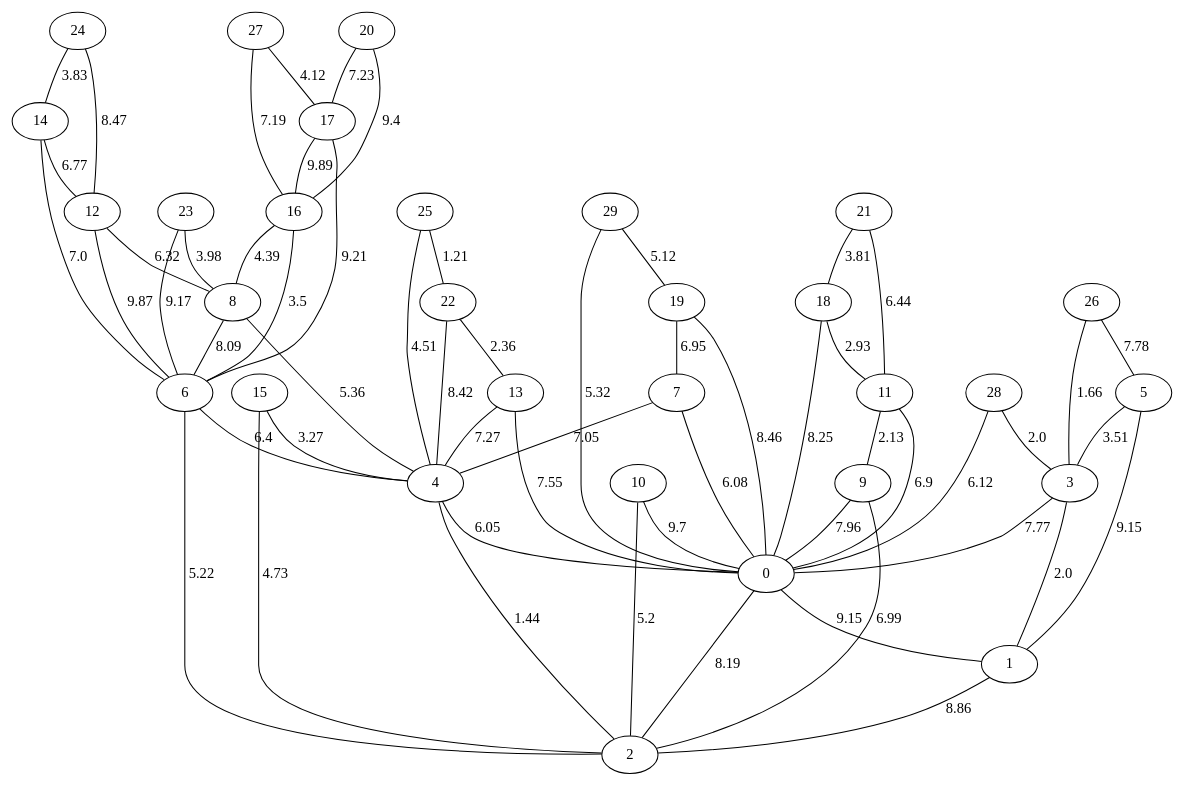
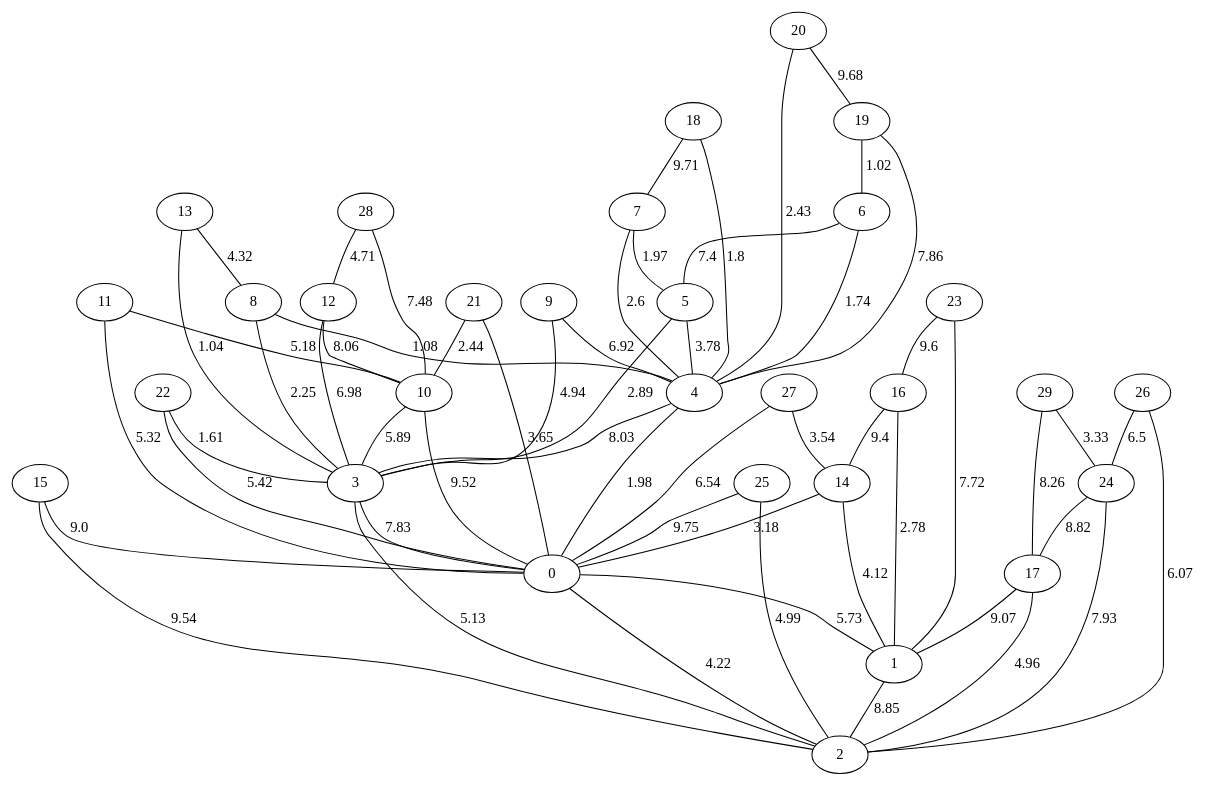
The diagram in Proyecto 3/ejemplos_grafo_dijkstra/grafo_Dorogovtsev-Mendes_30.gv (amorac4/DAA24), drawn with Graphviz before and after one commit. The commit also changed 61 other files, not shown here.

```diff
--- a/Proyecto 3/ejemplos_grafo_dijkstra/grafo_Dorogovtsev-Mendes_30.gv
+++ b/Proyecto 3/ejemplos_grafo_dijkstra/grafo_Dorogovtsev-Mendes_30.gv
@@ -1,89 +1,89 @@
 graph G {
 "0";
 "1";
 "2";
 "3";
 "4";
 "5";
 "6";
 "7";
 "8";
 "9";
 "10";
 "11";
 "12";
 "13";
 "14";
 "15";
 "16";
 "17";
 "18";
 "19";
 "20";
 "21";
 "22";
 "23";
 "24";
 "25";
 "26";
 "27";
 "28";
 "29";
-    "22" -- "13"[label="2.36", len="2.36"];
-    "7" -- "4"[label="7.05", len="7.05"];
-    "3" -- "1"[label="2.0", len="2.0"];
-    "23" -- "8"[label="3.98", len="3.98"];
-    "8" -- "4"[label="5.36", len="5.36"];
-    "0" -- "2"[label="8.19", len="8.19"];
-    "7" -- "0"[label="6.08", len="6.08"];
-    "20" -- "17"[label="7.23", len="7.23"];
-    "26" -- "5"[label="7.78", len="7.78"];
-    "10" -- "0"[label="9.7", len="9.7"];
-    "22" -- "4"[label="8.42", len="8.42"];
-    "28" -- "3"[label="2.0", len="2.0"];
-    "3" -- "0"[label="7.77", len="7.77"];
-    "17" -- "6"[label="9.21", len="9.21"];
-    "14" -- "6"[label="7.0", len="7.0"];
-    "1" -- "2"[label="8.86", len="8.86"];
-    "17" -- "16"[label="9.89", len="9.89"];
-    "28" -- "0"[label="6.12", len="6.12"];
-    "9" -- "2"[label="6.99", len="6.99"];
-    "29" -- "19"[label="5.12", len="5.12"];
-    "24" -- "12"[label="8.47", len="8.47"];
-    "13" -- "4"[label="7.27", len="7.27"];
-    "5" -- "1"[label="9.15", len="9.15"];
-    "11" -- "0"[label="6.9", len="6.9"];
-    "11" -- "9"[label="2.13", len="2.13"];
-    "19" -- "7"[label="6.95", len="6.95"];
-    "4" -- "0"[label="6.05", len="6.05"];
-    "15" -- "2"[label="4.73", len="4.73"];
-    "18" -- "11"[label="2.93", len="2.93"];
-    "16" -- "8"[label="4.39", len="4.39"];
-    "29" -- "0"[label="5.32", len="5.32"];
-    "6" -- "2"[label="5.22", len="5.22"];
-    "14" -- "12"[label="6.77", len="6.77"];
-    "16" -- "6"[label="3.5", len="3.5"];
-    "18" -- "0"[label="8.25", len="8.25"];
-    "24" -- "14"[label="3.83", len="3.83"];
-    "10" -- "2"[label="5.2", len="5.2"];
-    "23" -- "6"[label="9.17", len="9.17"];
-    "25" -- "4"[label="4.51", len="4.51"];
-    "21" -- "11"[label="6.44", len="6.44"];
-    "12" -- "6"[label="9.87", len="9.87"];
-    "21" -- "18"[label="3.81", len="3.81"];
-    "26" -- "3"[label="1.66", len="1.66"];
-    "27" -- "17"[label="4.12", len="4.12"];
-    "5" -- "3"[label="3.51", len="3.51"];
-    "0" -- "1"[label="9.15", len="9.15"];
-    "25" -- "22"[label="1.21", len="1.21"];
-    "6" -- "4"[label="6.4", len="6.4"];
-    "8" -- "6"[label="8.09", len="8.09"];
-    "12" -- "8"[label="6.32", len="6.32"];
-    "15" -- "4"[label="3.27", len="3.27"];
-    "19" -- "0"[label="8.46", len="8.46"];
-    "13" -- "0"[label="7.55", len="7.55"];
-    "27" -- "16"[label="7.19", len="7.19"];
-    "20" -- "16"[label="9.4", len="9.4"];
-    "9" -- "0"[label="7.96", len="7.96"];
-    "4" -- "2"[label="1.44", len="1.44"];
+    "7" -- "4"[label="2.6", len="2.6"];
+    "27" -- "0"[label="6.54", len="6.54"];
+    "11" -- "10"[label="5.18", len="5.18"];
+    "13" -- "8"[label="4.32", len="4.32"];
+    "8" -- "4"[label="1.08", len="1.08"];
+    "6" -- "5"[label="7.4", len="7.4"];
+    "14" -- "0"[label="3.18", len="3.18"];
+    "18" -- "4"[label="1.8", len="1.8"];
+    "29" -- "17"[label="8.26", len="8.26"];
+    "17" -- "1"[label="9.07", len="9.07"];
+    "26" -- "24"[label="6.5", len="6.5"];
+    "21" -- "10"[label="2.44", len="2.44"];
+    "10" -- "0"[label="9.52", len="9.52"];
+    "3" -- "0"[label="7.83", len="7.83"];
+    "26" -- "2"[label="6.07", len="6.07"];
+    "1" -- "2"[label="8.85", len="8.85"];
+    "9" -- "4"[label="6.92", len="6.92"];
+    "21" -- "0"[label="3.65", len="3.65"];
+    "15" -- "0"[label="9.0", len="9.0"];
+    "19" -- "4"[label="7.86", len="7.86"];
+    "10" -- "3"[label="5.89", len="5.89"];
+    "16" -- "1"[label="2.78", len="2.78"];
+    "14" -- "1"[label="4.12", len="4.12"];
+    "12" -- "10"[label="8.06", len="8.06"];
+    "27" -- "14"[label="3.54", len="3.54"];
+    "11" -- "0"[label="5.32", len="5.32"];
+    "24" -- "17"[label="8.82", len="8.82"];
+    "4" -- "0"[label="1.98", len="1.98"];
+    "28" -- "12"[label="4.71", len="4.71"];
+    "22" -- "0"[label="5.42", len="5.42"];
+    "13" -- "3"[label="1.04", len="1.04"];
+    "5" -- "4"[label="3.78", len="3.78"];
+    "23" -- "1"[label="7.72", len="7.72"];
+    "25" -- "0"[label="9.75", len="9.75"];
+    "18" -- "7"[label="9.71", len="9.71"];
+    "23" -- "16"[label="9.6", len="9.6"];
+    "9" -- "3"[label="4.94", len="4.94"];
+    "3" -- "2"[label="5.13", len="5.13"];
+    "24" -- "2"[label="7.93", len="7.93"];
+    "20" -- "4"[label="2.43", len="2.43"];
+    "20" -- "19"[label="9.68", len="9.68"];
+    "28" -- "10"[label="7.48", len="7.48"];
+    "17" -- "2"[label="4.96", len="4.96"];
+    "5" -- "3"[label="2.89", len="2.89"];
+    "0" -- "1"[label="5.73", len="5.73"];
+    "19" -- "6"[label="1.02", len="1.02"];
+    "12" -- "3"[label="6.98", len="6.98"];
+    "6" -- "4"[label="1.74", len="1.74"];
+    "16" -- "14"[label="9.4", len="9.4"];
+    "22" -- "3"[label="1.61", len="1.61"];
+    "29" -- "24"[label="3.33", len="3.33"];
+    "7" -- "5"[label="1.97", len="1.97"];
+    "8" -- "3"[label="2.25", len="2.25"];
+    "25" -- "2"[label="4.99", len="4.99"];
+    "15" -- "2"[label="9.54", len="9.54"];
+    "4" -- "3"[label="8.03", len="8.03"];
+    "0" -- "2"[label="4.22", len="4.22"];
 }
```
